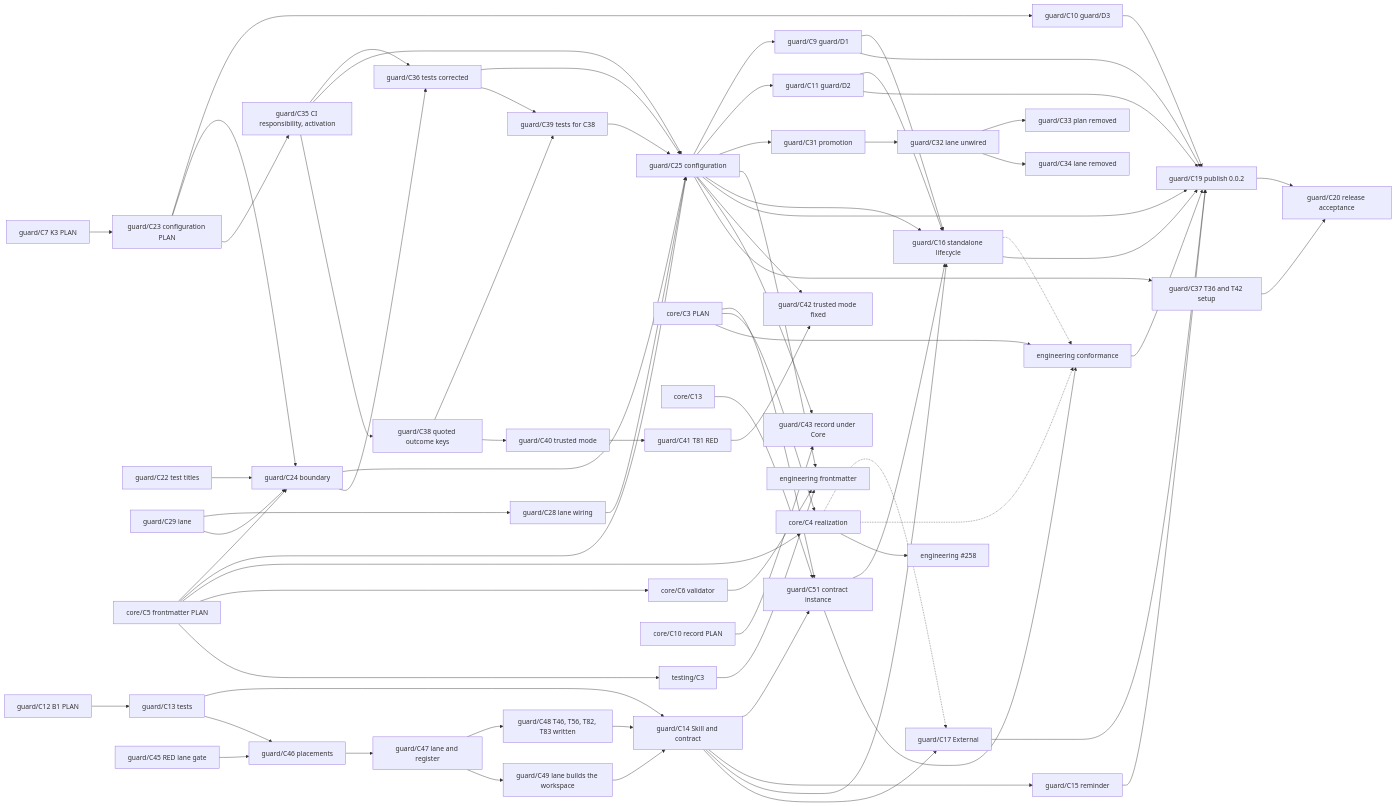
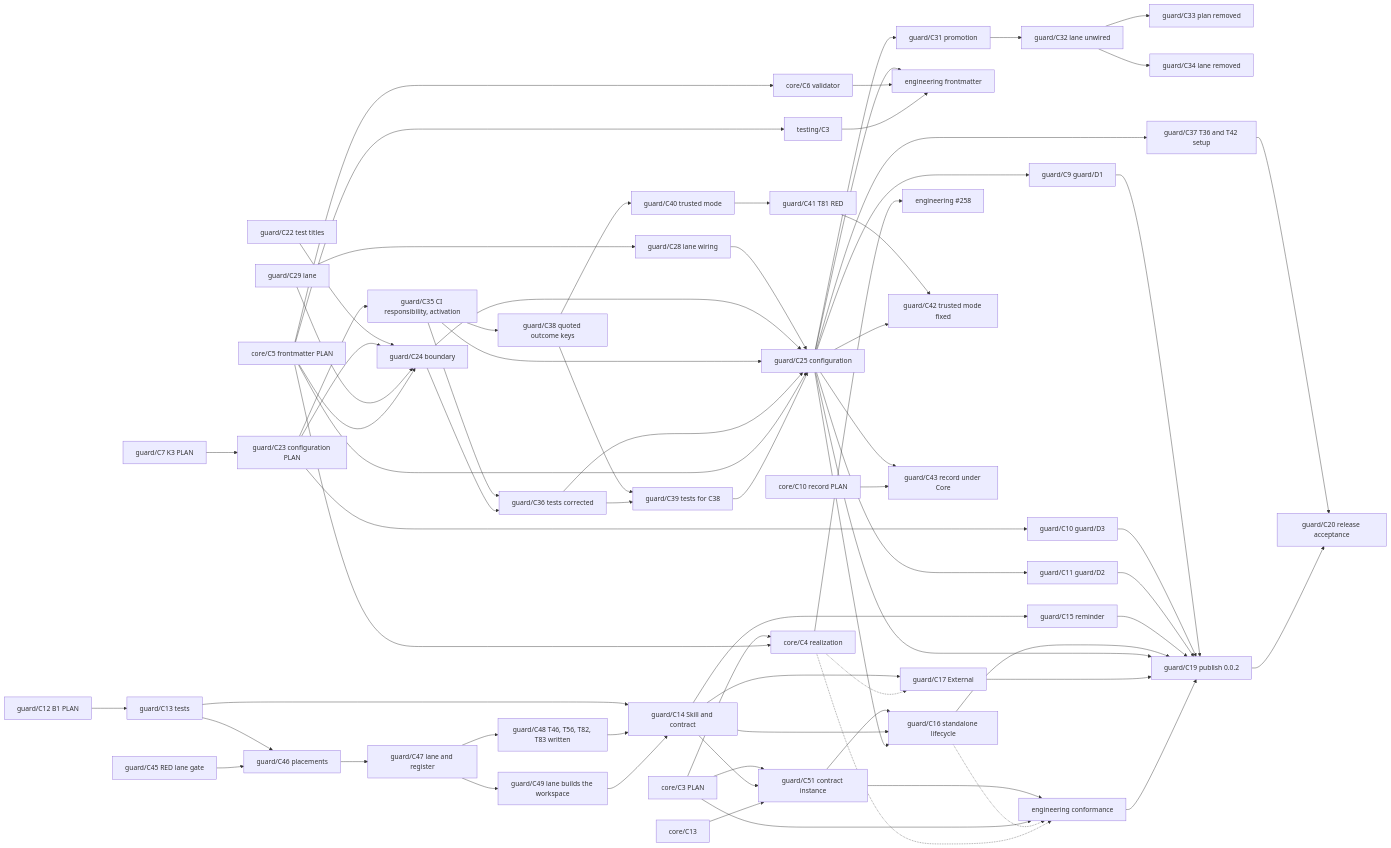
One commit to Kai-Hacks-AI/KAAL changed the diagram in engineering/guard/change.md. Above: the diagram before and after it, drawn with Mermaid. The commit also changed other lines of this file and 1 other file, not shown here.

````diff
--- a/engineering/guard/change.md
+++ b/engineering/guard/change.md
@@ -247,77 +248,75 @@
 ```mermaid
 graph LR
   C7[guard/C7 K3 PLAN] --> C23[guard/C23 configuration PLAN]
   C25 --> C9[guard/C9 guard/D1]
   C23 --> C10[guard/C10 guard/D3]
   C25 --> C11[guard/C11 guard/D2]
   C22[guard/C22 test titles] --> C24[guard/C24 boundary]
   C23 --> C24
   C29[guard/C29 lane] --> C28[guard/C28 lane wiring]
   C29 --> C24
   C28 --> C25
   C24 --> C25[guard/C25 configuration]
   C23 --> C35[guard/C35 CI responsibility, activation]
   C35 --> C36[guard/C36 tests corrected]
   C24 --> C36
   C35 --> C25
   C36 --> C25
   C25 --> C31[guard/C31 promotion]
   C31 --> C32[guard/C32 lane unwired]
   C32 --> C33[guard/C33 plan removed]
   C32 --> C34[guard/C34 lane removed]
   FM5 --> C24
   FM5 --> C25
   C25 --> FE
   C12[guard/C12 B1 PLAN] --> C13[guard/C13 tests]
   C13 --> C14[guard/C14 Skill and contract]
   C13 --> C46[guard/C46 placements]
   C45[guard/C45 RED lane gate] --> C46
   C46 --> C47[guard/C47 lane and register]
   C47 --> C48[guard/C48 T46, T56, T82, T83 written]
   C48 --> C14
   C47 --> C49[guard/C49 lane builds the workspace]
   C49 --> C14
   CP[core/C3 PLAN] --> C51
   C14 --> C51[guard/C51 contract instance]
   C13C[core/C13] --> C51
   C51 --> C16
   C14 --> C15[guard/C15 reminder]
   C14 --> C16[guard/C16 standalone lifecycle]
   C25 --> C16
-  C9 --> C16
-  C11 --> C16
   C14 --> C17[guard/C17 External]
   CP --> CR[core/C4 realization]
   FM5[core/C5 frontmatter PLAN] --> CR
   FM5 --> FM6[core/C6 validator]
   FM5 --> TT[testing/C3]
   FM6 --> FE[engineering frontmatter]
   TT --> FE
   CR -.-> C17
   C51 --> EC[engineering conformance]
   CP --> EC
   C16 -.-> EC
   CR -.-> EC
   CR --> EA[engineering #258]
   C9 --> C19[guard/C19 publish 0.0.2]
   C10 --> C19
   C11 --> C19
   C15 --> C19
   C16 --> C19
   C25 --> C19
   C17 --> C19
   EC --> C19
   C35 --> C38[guard/C38 quoted outcome keys]
   C38 --> C39[guard/C39 tests for C38]
   C36 --> C39
   C39 --> C25
   C38 --> C40[guard/C40 trusted mode]
   C40 --> C41[guard/C41 T81 RED]
   C41 --> C42[guard/C42 trusted mode fixed]
   C25 --> C42
   C25 --> C43[guard/C43 record under Core]
   CRC[core/C10 record PLAN] --> C43
   C25 --> C37[guard/C37 T36 and T42 setup]
   C37 --> C20[guard/C20 release acceptance]
   C19 --> C20
 ```
````
